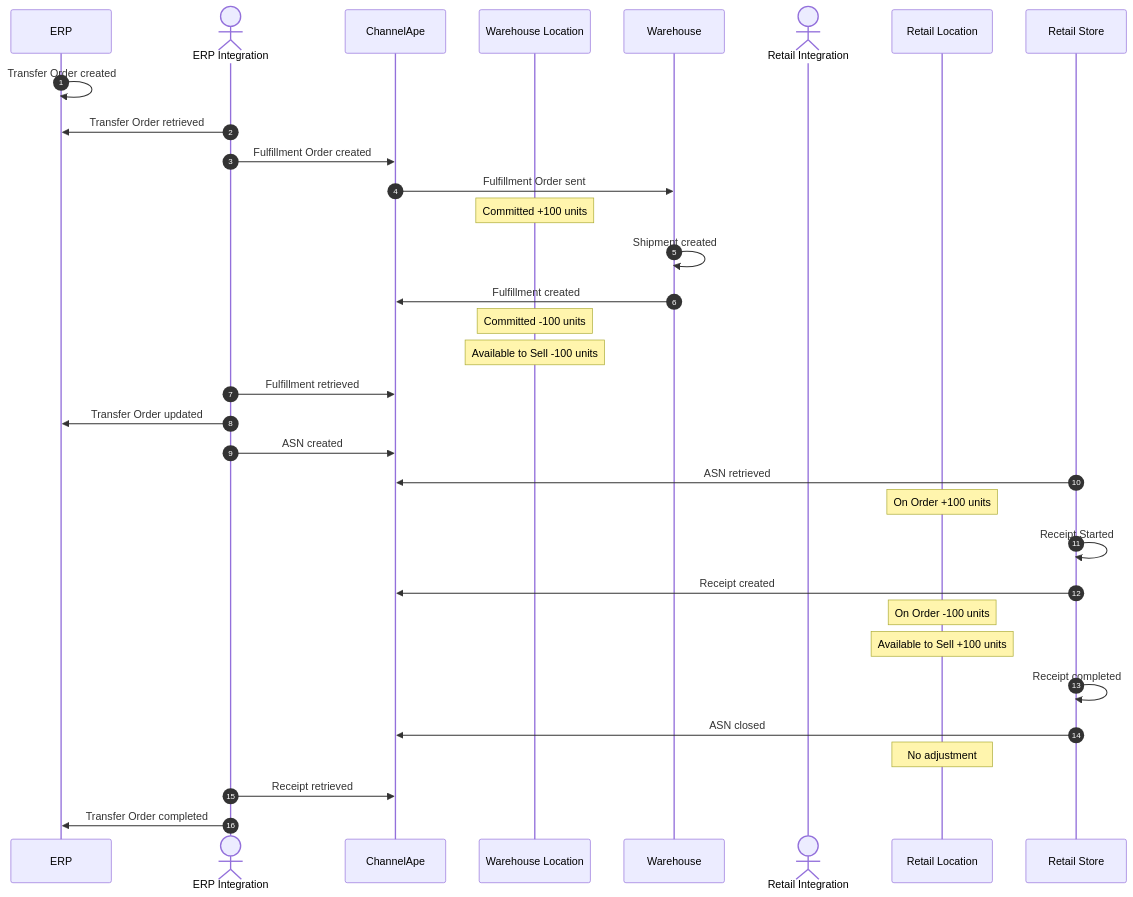
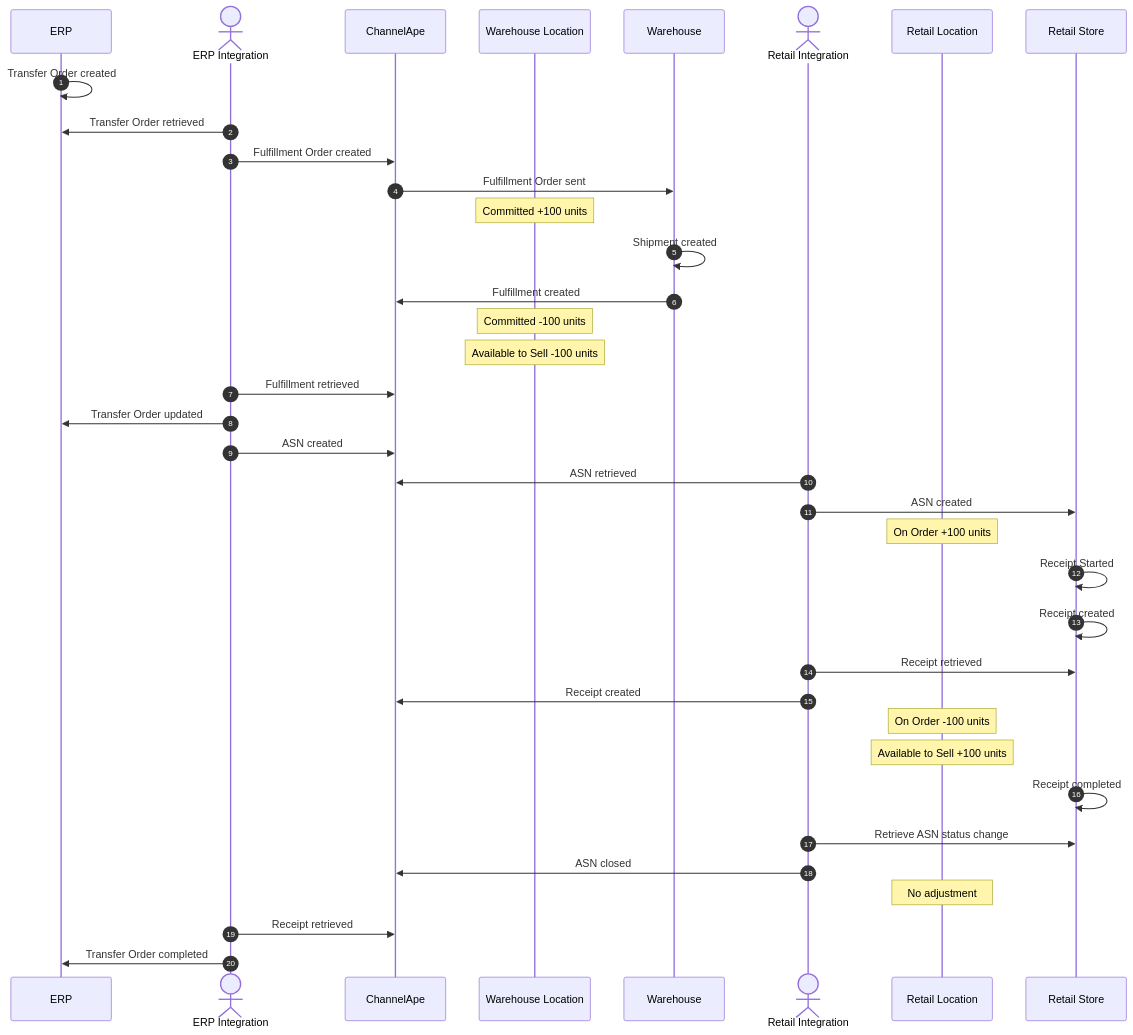
The first of 6 diagrams in data-flows/transfer-orders/README.md (ChannelApe/channelape-docs), drawn with Mermaid before and after one commit. The commit also changed other lines of this file, not shown here.

Commit message:
Added Retail Integration actor

````diff
--- a/data-flows/transfer-orders/README.md
+++ b/data-flows/transfer-orders/README.md
@@ -24,47 +24,51 @@
 ```mermaid
 sequenceDiagram
     autonumber
     participant ERP
     actor ERP Integration
     participant ChannelApe
     participant Warehouse Location
     participant Warehouse
     actor Retail Integration
     participant Retail Location
     participant Retail Store
 
     ERP->>ERP: Transfer Order created
 
     ERP Integration->>ERP: Transfer Order retrieved
     ERP Integration->>ChannelApe: Fulfillment Order created
 
     ChannelApe->>Warehouse: Fulfillment Order sent
     note over Warehouse Location: Committed +100 units
 
     Warehouse->>Warehouse: Shipment created
     
     Warehouse->>ChannelApe: Fulfillment created
     note over Warehouse Location: Committed -100 units
     note over Warehouse Location: Available to Sell -100 units
 
     ERP Integration->>ChannelApe: Fulfillment retrieved
     ERP Integration->>ERP: Transfer Order updated
     ERP Integration->>ChannelApe: ASN created
     
-    Retail Store->>ChannelApe: ASN retrieved
+    Retail Integration->>ChannelApe: ASN retrieved
+    Retail Integration->>Retail Store: ASN created
     note over Retail Location: On Order +100 units
 
     Retail Store->>Retail Store: Receipt Started
 
-    Retail Store->>ChannelApe: Receipt created
+    Retail Store->>Retail Store: Receipt created
+    Retail Integration->>Retail Store: Receipt retrieved
+    Retail Integration->>ChannelApe: Receipt created
     note over Retail Location: On Order -100 units
     note over Retail Location: Available to Sell +100 units
 
     Retail Store->>Retail Store: Receipt completed
 
-    Retail Store->>ChannelApe: ASN closed
+    Retail Integration->>Retail Store: Retrieve ASN status change
+    Retail Integration->>ChannelApe: ASN closed
     note over Retail Location: No adjustment
 
     ERP Integration->>ChannelApe: Receipt retrieved
     ERP Integration->>ERP: Transfer Order completed
 ```
````
